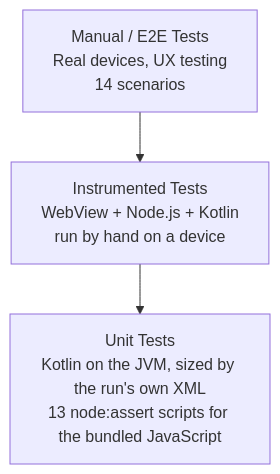
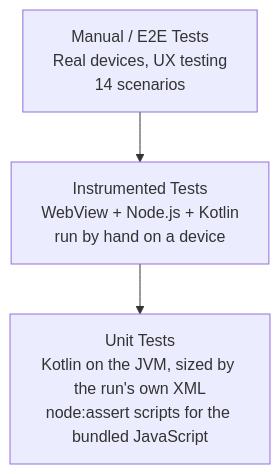
Before and after one commit to rmyndharis/VSCodroid: the first of 3 diagrams in docs/07-TESTING_STRATEGY.md, drawn with Mermaid. The commit also changed other lines of this file and 23 other files, not shown here.

````diff
--- a/docs/07-TESTING_STRATEGY.md
+++ b/docs/07-TESTING_STRATEGY.md
@@ -23,5 +23,5 @@
 ```mermaid
 flowchart TD
   E2E["Manual / E2E Tests<br/>Real devices, UX testing<br/>14 scenarios"] --> INT["Instrumented Tests<br/>WebView + Node.js + Kotlin<br/>run by hand on a device"]
-  INT --> UNIT["Unit Tests<br/>Kotlin on the JVM, sized by the run's own XML<br/>13 node:assert scripts for the bundled JavaScript"]
+  INT --> UNIT["Unit Tests<br/>Kotlin on the JVM, sized by the run's own XML<br/>node:assert scripts for the bundled JavaScript"]
 ```
````
